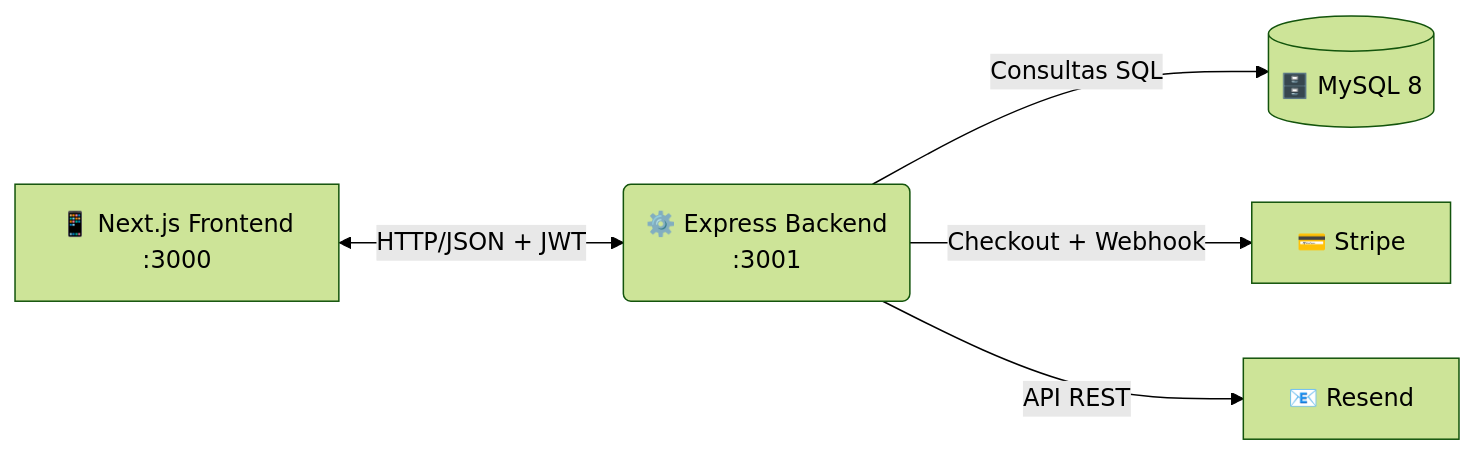
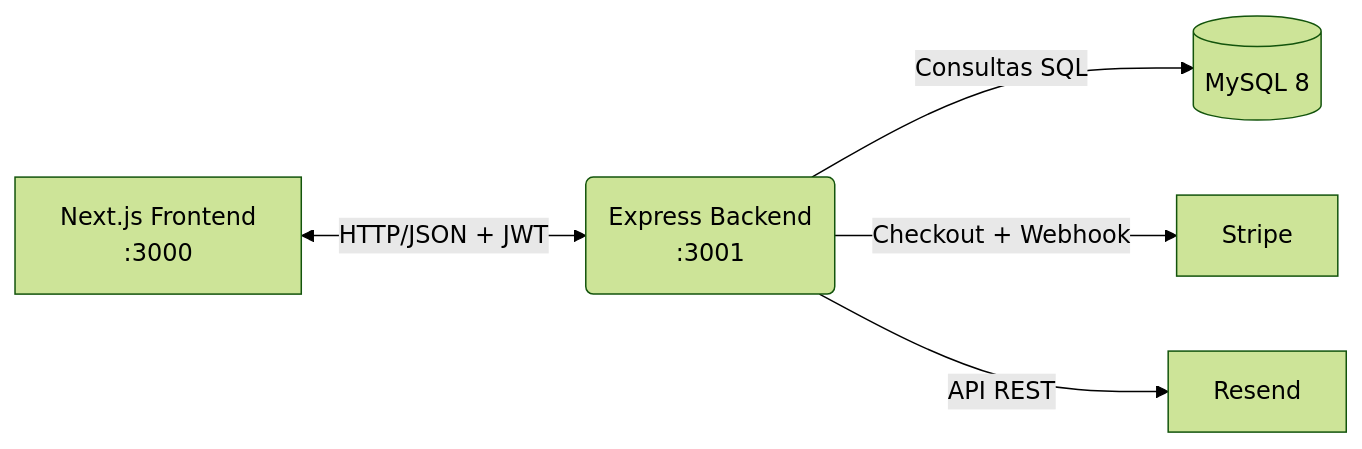
Before and after one commit to CJEscamilla/Taiyari_Ecosistema_Psicopedagogico_Universitario: the diagram in README.md, drawn with Mermaid (forest theme). The commit also changed other lines of this file, not shown here.

````diff
--- a/README.md
+++ b/README.md
@@ -112,7 +156,7 @@
 ```mermaid
 graph LR
-    A[📱 Next.js Frontend<br/>:3000] <-->|HTTP/JSON + JWT| B(⚙️ Express Backend<br/>:3001)
-    B -->|Consultas SQL| C[(🗄️ MySQL 8)]
-    B -->|Checkout + Webhook| D[💳 Stripe]
-    B -->|API REST| E[📧 Resend]
+    A[Next.js Frontend<br/>:3000] <-->|HTTP/JSON + JWT| B(Express Backend<br/>:3001)
+    B -->|Consultas SQL| C[(MySQL 8)]
+    B -->|Checkout + Webhook| D[Stripe]
+    B -->|API REST| E[Resend]
 ```
````
